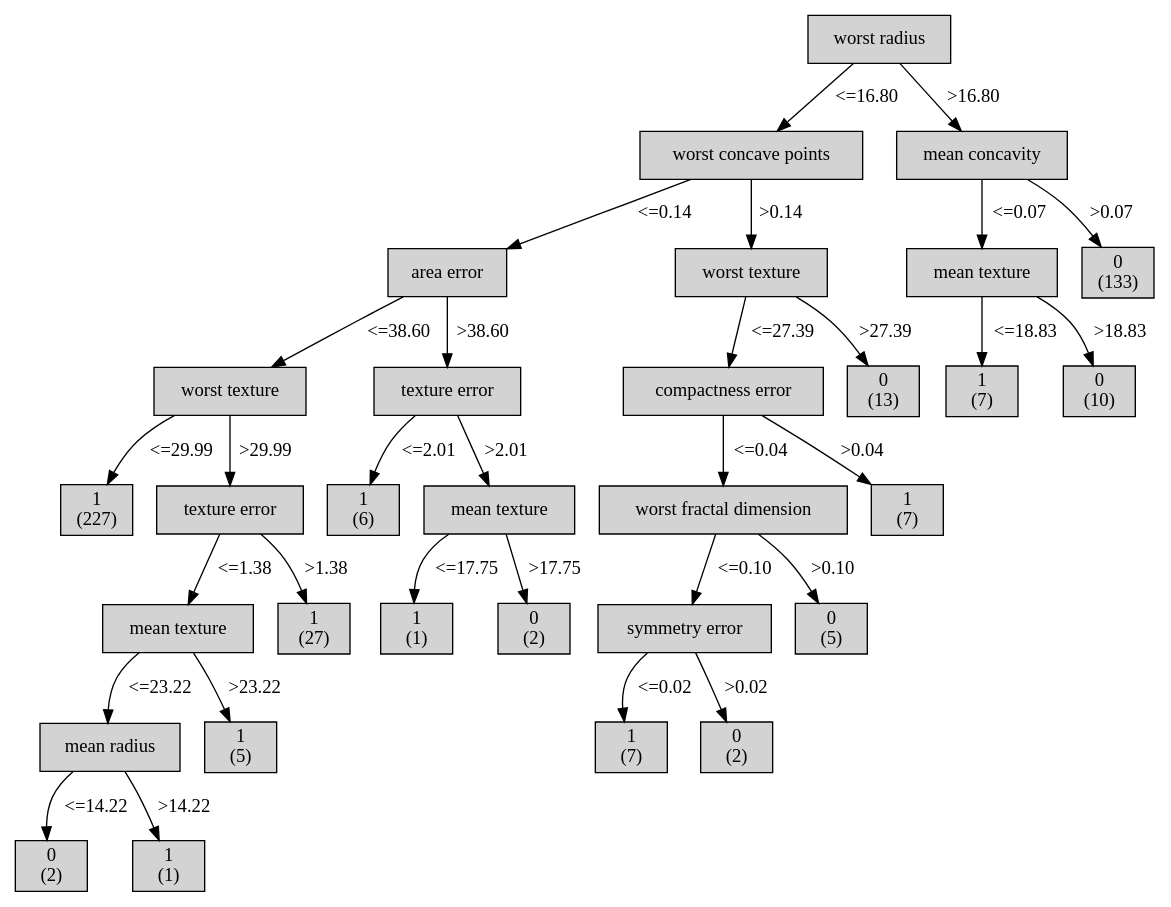
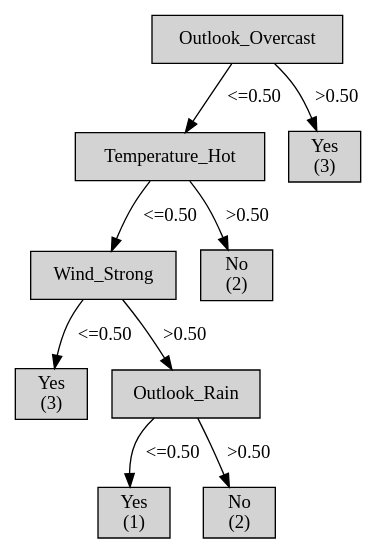
The diagram in graph.dot (muchammadibnu/tucil1ML), drawn with Graphviz before and after one commit. The commit also changed 4 other files, not shown here.

```diff
--- a/graph.dot
+++ b/graph.dot
@@ -1,118 +1,38 @@
 digraph ID3_Tree {
-"0" [shape=box, style=filled, label="worst radius
+"0" [shape=box, style=filled, label="Outlook_Overcast
 ", weight=1]
-"1" [shape=box, style=filled, label="worst concave points
+"1" [shape=box, style=filled, label="Temperature_Hot
 ", weight=2]
-0 -> 1 [ label = "<=16.80"];
-"2" [shape=box, style=filled, label="area error
+0 -> 1 [ label = "<=0.50"];
+"2" [shape=box, style=filled, label="Wind_Strong
 ", weight=3]
-1 -> 2 [ label = "<=0.14"];
-"3" [shape=box, style=filled, label="worst texture
+1 -> 2 [ label = "<=0.50"];
+"3" [shape=box, style=filled, label="Yes
+(3)
 ", weight=4]
-2 -> 3 [ label = "<=38.60"];
-"4" [shape=box, style=filled, label="1
-(227)
+2 -> 3 [ label = "<=0.50"];
+"4" [shape=box, style=filled, label="Outlook_Rain
+", weight=4]
+2 -> 4 [ label = ">0.50"];
+"5" [shape=box, style=filled, label="Yes
+(1)
 ", weight=5]
-3 -> 4 [ label = "<=29.99"];
-"5" [shape=box, style=filled, label="texture error
+4 -> 5 [ label = "<=0.50"];
+"6" [shape=box, style=filled, label="No
+(2)
 ", weight=5]
-3 -> 5 [ label = ">29.99"];
-"6" [shape=box, style=filled, label="mean texture
-", weight=6]
-5 -> 6 [ label = "<=1.38"];
-"7" [shape=box, style=filled, label="mean radius
-", weight=7]
-6 -> 7 [ label = "<=23.22"];
-"8" [shape=box, style=filled, label="0
+4 -> 6 [ label = ">0.50"];
+"7" [shape=box, style=filled, label="No
 (2)
-", weight=8]
-7 -> 8 [ label = "<=14.22"];
-"9" [shape=box, style=filled, label="1
-(1)
-", weight=8]
-7 -> 9 [ label = ">14.22"];
-"10" [shape=box, style=filled, label="1
-(5)
-", weight=7]
-6 -> 10 [ label = ">23.22"];
-"11" [shape=box, style=filled, label="1
-(27)
-", weight=6]
-5 -> 11 [ label = ">1.38"];
-"12" [shape=box, style=filled, label="texture error
-", weight=4]
-2 -> 12 [ label = ">38.60"];
-"13" [shape=box, style=filled, label="1
-(6)
-", weight=5]
-12 -> 13 [ label = "<=2.01"];
-"14" [shape=box, style=filled, label="mean texture
-", weight=5]
-12 -> 14 [ label = ">2.01"];
-"15" [shape=box, style=filled, label="1
-(1)
-", weight=6]
-14 -> 15 [ label = "<=17.75"];
-"16" [shape=box, style=filled, label="0
-(2)
-", weight=6]
-14 -> 16 [ label = ">17.75"];
-"17" [shape=box, style=filled, label="worst texture
 ", weight=3]
-1 -> 17 [ label = ">0.14"];
-"18" [shape=box, style=filled, label="compactness error
-", weight=4]
-17 -> 18 [ label = "<=27.39"];
-"19" [shape=box, style=filled, label="worst fractal dimension
-", weight=5]
-18 -> 19 [ label = "<=0.04"];
-"20" [shape=box, style=filled, label="symmetry error
-", weight=6]
-19 -> 20 [ label = "<=0.10"];
-"21" [shape=box, style=filled, label="1
-(7)
-", weight=7]
-20 -> 21 [ label = "<=0.02"];
-"22" [shape=box, style=filled, label="0
-(2)
-", weight=7]
-20 -> 22 [ label = ">0.02"];
-"23" [shape=box, style=filled, label="0
-(5)
-", weight=6]
-19 -> 23 [ label = ">0.10"];
-"24" [shape=box, style=filled, label="1
-(7)
-", weight=5]
-18 -> 24 [ label = ">0.04"];
-"25" [shape=box, style=filled, label="0
-(13)
-", weight=4]
-17 -> 25 [ label = ">27.39"];
-"26" [shape=box, style=filled, label="mean concavity
+1 -> 7 [ label = ">0.50"];
+"8" [shape=box, style=filled, label="Yes
+(3)
 ", weight=2]
-0 -> 26 [ label = ">16.80"];
-"27" [shape=box, style=filled, label="mean texture
-", weight=3]
-26 -> 27 [ label = "<=0.07"];
-"28" [shape=box, style=filled, label="1
-(7)
-", weight=4]
-27 -> 28 [ label = "<=18.83"];
-"29" [shape=box, style=filled, label="0
-(10)
-", weight=4]
-27 -> 29 [ label = ">18.83"];
-"30" [shape=box, style=filled, label="0
-(133)
-", weight=3]
-26 -> 30 [ label = ">0.07"];
+0 -> 8 [ label = ">0.50"];
 {rank=same; 0;};
-{rank=same; 1;26;};
-{rank=same; 2;17;27;30;};
-{rank=same; 3;12;18;25;28;29;};
-{rank=same; 4;5;13;14;19;24;};
-{rank=same; 6;11;15;16;20;23;};
-{rank=same; 7;10;21;22;};
-{rank=same; 8;9;};
+{rank=same; 1;8;};
+{rank=same; 2;7;};
+{rank=same; 3;4;};
+{rank=same; 5;6;};
 }
```
